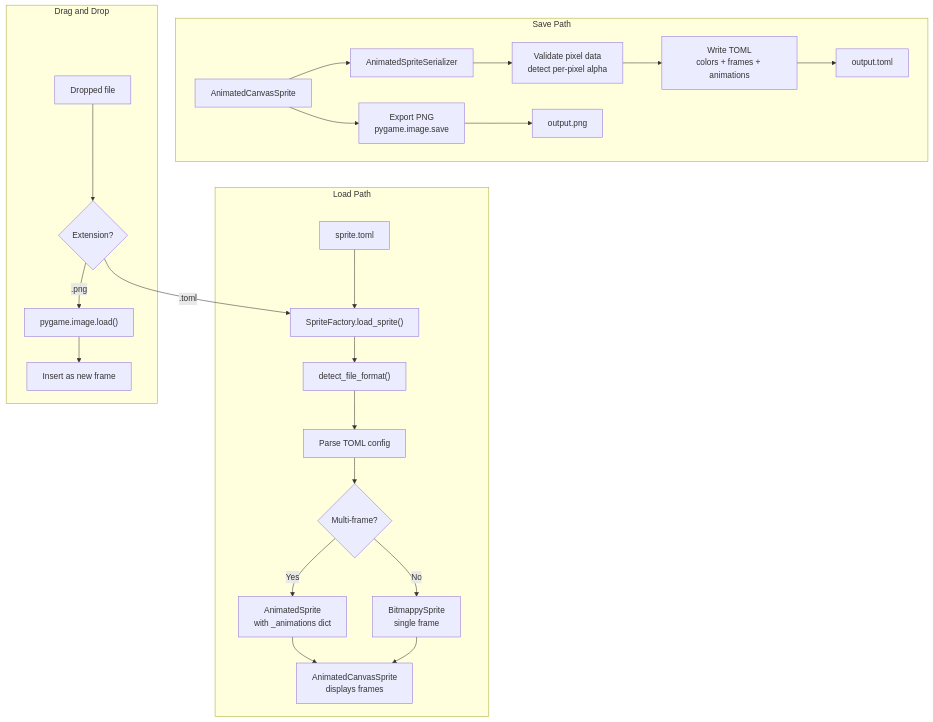
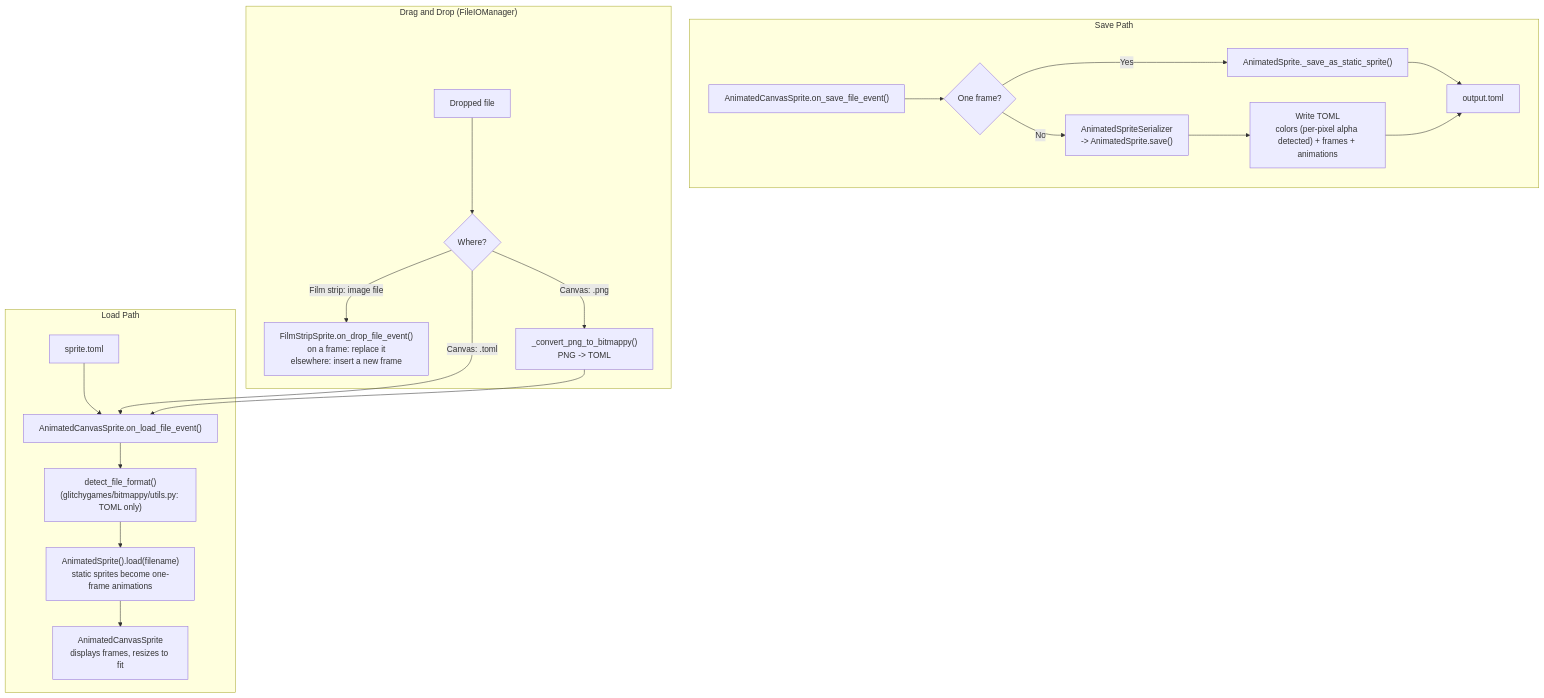
One commit to terrysimons/glitchygames changed the seventh of 8 diagrams in BITMAPPY_ARCHITECTURE.md. Above: the diagram before and after it, drawn with Mermaid. The commit also changed other lines of this file and 49 other files, not shown here.

````diff
--- a/BITMAPPY_ARCHITECTURE.md
+++ b/BITMAPPY_ARCHITECTURE.md
@@ -298,30 +322,26 @@
 ```mermaid
 flowchart TD
     subgraph Load["Load Path"]
-        FILE_IN["sprite.toml"] --> SF["SpriteFactory.load_sprite()"]
-        SF --> DETECT["detect_file_format()"]
-        DETECT --> PARSE["Parse TOML config"]
-        PARSE --> DECIDE{"Multi-frame?"}
-        DECIDE -->|Yes| AS["AnimatedSprite\nwith _animations dict"]
-        DECIDE -->|No| BS["BitmappySprite\nsingle frame"]
-        AS --> CANVAS_L["AnimatedCanvasSprite\ndisplays frames"]
-        BS --> CANVAS_L
+        FILE_IN["sprite.toml"] --> CLOAD["AnimatedCanvasSprite.on_load_file_event()"]
+        CLOAD --> DETECT["detect_file_format()\n(glitchygames/bitmappy/utils.py: TOML only)"]
+        DETECT --> AS["AnimatedSprite().load(filename)\nstatic sprites become one-frame animations"]
+        AS --> CANVAS_L["AnimatedCanvasSprite\ndisplays frames, resizes to fit"]
     end
 
     subgraph Save["Save Path"]
-        CANVAS_SAVE["AnimatedCanvasSprite"] --> SER["AnimatedSpriteSerializer"]
-        SER --> VALIDATE["Validate pixel data\ndetect per-pixel alpha"]
-        VALIDATE --> WRITE_TOML["Write TOML\ncolors + frames + animations"]
-        WRITE_TOML --> FILE_OUT["output.toml"]
-
-        CANVAS_SAVE --> PNG["Export PNG\npygame.image.save"]
-        PNG --> FILE_PNG["output.png"]
+        CANVAS_SAVE["AnimatedCanvasSprite.on_save_file_event()"] --> DECIDE{"One frame?"}
+        DECIDE -->|Yes| STATIC["AnimatedSprite._save_as_static_sprite()"]
+        DECIDE -->|No| SER["AnimatedSpriteSerializer\n-> AnimatedSprite.save()"]
+        SER --> WRITE_TOML["Write TOML\ncolors (per-pixel alpha detected) + frames + animations"]
+        STATIC --> FILE_OUT["output.toml"]
+        WRITE_TOML --> FILE_OUT
     end
 
-    subgraph DragDrop["Drag and Drop"]
-        DROP_FILE["Dropped file"] --> EXT{"Extension?"}
-        EXT -->|".toml"| SF
-        EXT -->|".png"| PNG_LOAD["pygame.image.load()"]
-        PNG_LOAD --> NEW_FRAME["Insert as new frame"]
+    subgraph DragDrop["Drag and Drop (FileIOManager)"]
+        DROP_FILE["Dropped file"] --> WHERE{"Where?"}
+        WHERE -->|"Film strip: image file"| FS_DROP["FilmStripSprite.on_drop_file_event()\non a frame: replace it\nelsewhere: insert a new frame"]
+        WHERE -->|"Canvas: .toml"| CLOAD
+        WHERE -->|"Canvas: .png"| CONVERT["_convert_png_to_bitmappy()\nPNG -> TOML"]
+        CONVERT --> CLOAD
     end
 ```
````
